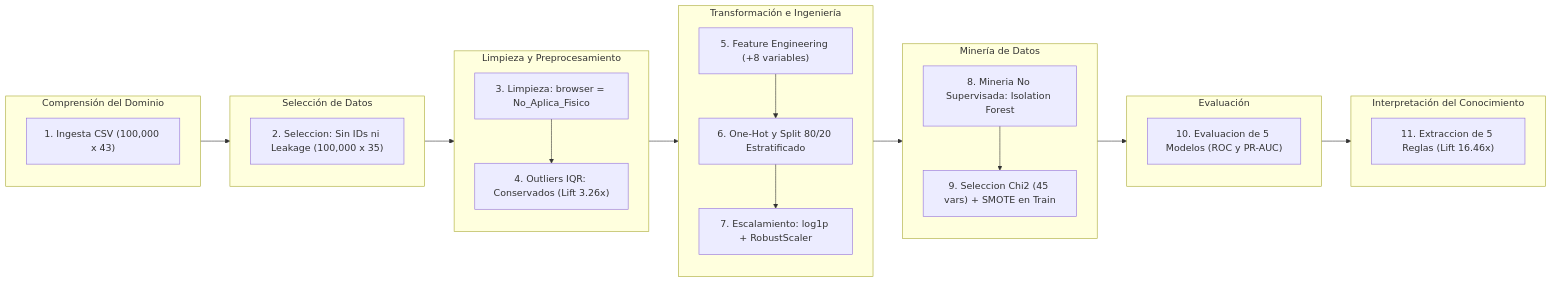
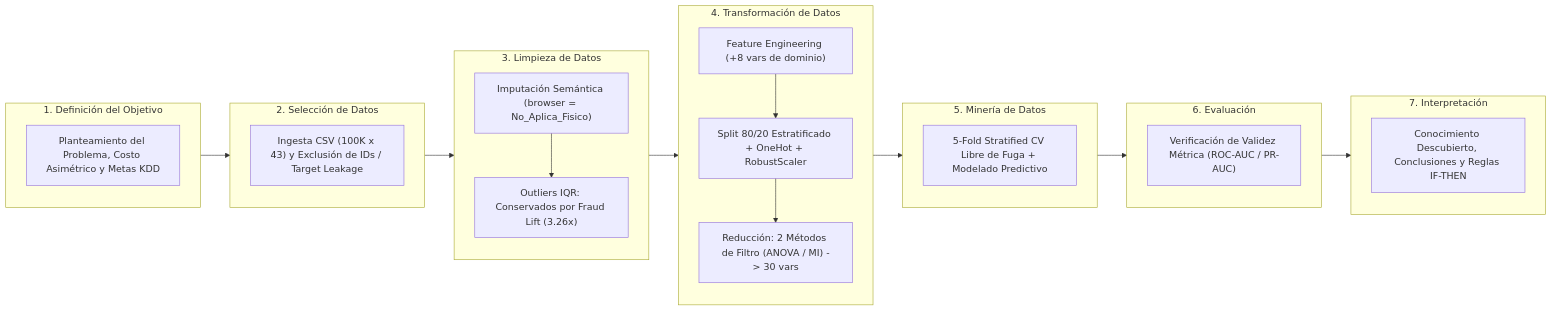
One commit to RACM-IA-DataScience/Deteccion_Automatizada_de_Fraude_Descubrimiento_de_Anomalias_y_Reglas_de_Decision changed the first of 2 diagrams in README.md. Above: the diagram before and after it, drawn with Mermaid. The commit also changed other lines of this file and 25 other files, not shown here.

````diff
--- a/README.md
+++ b/README.md
@@ -34,45 +67,85 @@
 ```mermaid
+
 flowchart LR
-  subgraph Etapa_1[Comprensión del Dominio]
-      P1["1. Ingesta CSV (100,000 x 43)"]
+
+  subgraph Etapa_1["1. Definición del Objetivo"]
+
+      P1["Planteamiento del Problema, Costo Asimétrico y Metas KDD"]
+
   end
 
-  subgraph Etapa_2[Selección de Datos]
-      P2["2. Seleccion: Sin IDs ni Leakage (100,000 x 35)"]
+
+
+  subgraph Etapa_2["2. Selección de Datos"]
+
+      P2["Ingesta CSV (100K x 43) y Exclusión de IDs / Target Leakage"]
+
   end
 
-  subgraph Etapa_3[Limpieza y Preprocesamiento]
-      P3["3. Limpieza: browser = No_Aplica_Fisico"]
-      P4["4. Outliers IQR: Conservados (Lift 3.26x)"]
+
+
+  subgraph Etapa_3["3. Limpieza de Datos"]
+
+      P3["Imputación Semántica (browser = No_Aplica_Fisico)"]
+
+      P4["Outliers IQR: Conservados por Fraud Lift (3.26x)"]
+
     P3 --> P4
+
   end
 
-  subgraph Etapa_4[Transformación e Ingeniería]
-      P5["5. Feature Engineering (+8 variables)"]
-      P6["6. One-Hot y Split 80/20 Estratificado"]
-      P7["7. Escalamiento: log1p + RobustScaler"]
+
+
+  subgraph Etapa_4["4. Transformación de Datos"]
+
+      P5["Feature Engineering (+8 vars de dominio)"]
+
+      P6["Split 80/20 Estratificado + OneHot + RobustScaler"]
+
+      P7["Reducción: 2 Métodos de Filtro (ANOVA / MI) -> 30 vars"]
+
     P5 --> P6
+
     P6 --> P7
+
   end
 
-  subgraph Etapa_5[Minería de Datos]
-      P8["8. Mineria No Supervisada: Isolation Forest"]
-      P9["9. Seleccion Chi2 (45 vars) + SMOTE en Train"]
-    P8 --> P9
+
+
+  subgraph Etapa_5["5. Minería de Datos"]
+
+      P8["5-Fold Stratified CV Libre de Fuga + Modelado Predictivo"]
+
   end
 
-  subgraph Etapa_6[Evaluación]
-      P10["10. Evaluacion de 5 Modelos (ROC y PR-AUC)"]
+
+
+  subgraph Etapa_6["6. Evaluación"]
+
+      P9["Verificación de Validez Métrica (ROC-AUC / PR-AUC)"]
+
   end
 
-  subgraph Etapa_7[Interpretación del Conocimiento]
-      P11["11. Extraccion de 5 Reglas (Lift 16.46x)"]
+
+
+  subgraph Etapa_7["7. Interpretación"]
+
+      P10["Conocimiento Descubierto, Conclusiones y Reglas IF-THEN"]
+
   end
 
+
+
   Etapa_1 --> Etapa_2
+
   Etapa_2 --> Etapa_3
+
   Etapa_3 --> Etapa_4
+
   Etapa_4 --> Etapa_5
+
   Etapa_5 --> Etapa_6
+
   Etapa_6 --> Etapa_7
+
 ```
````
